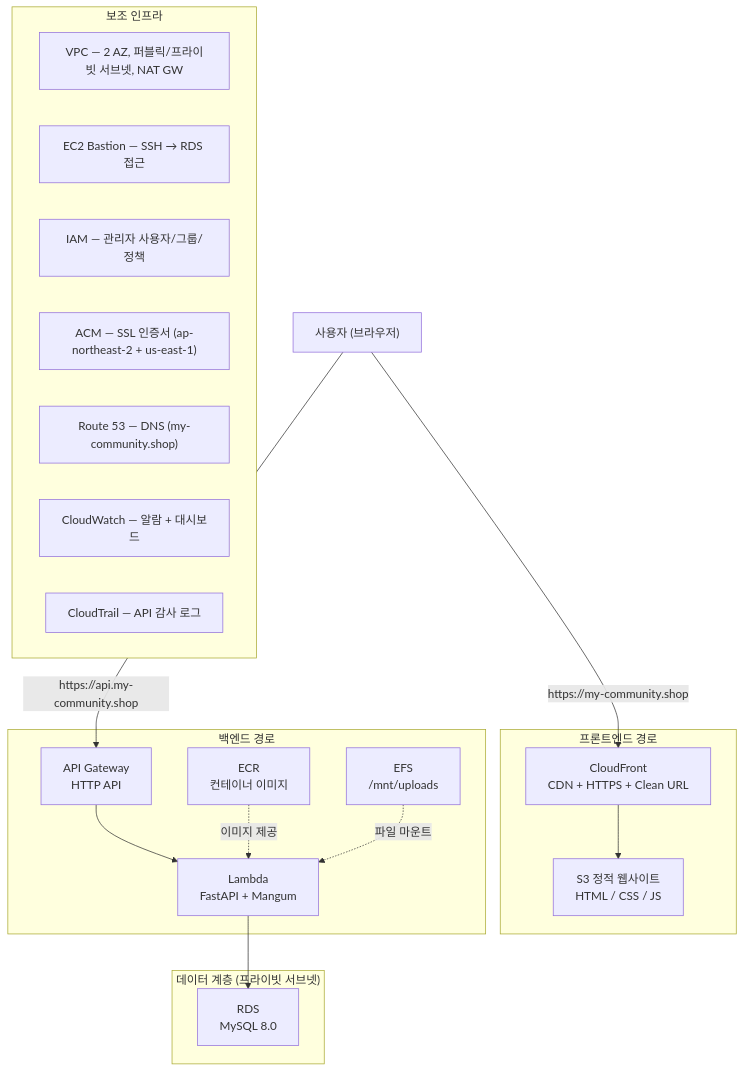
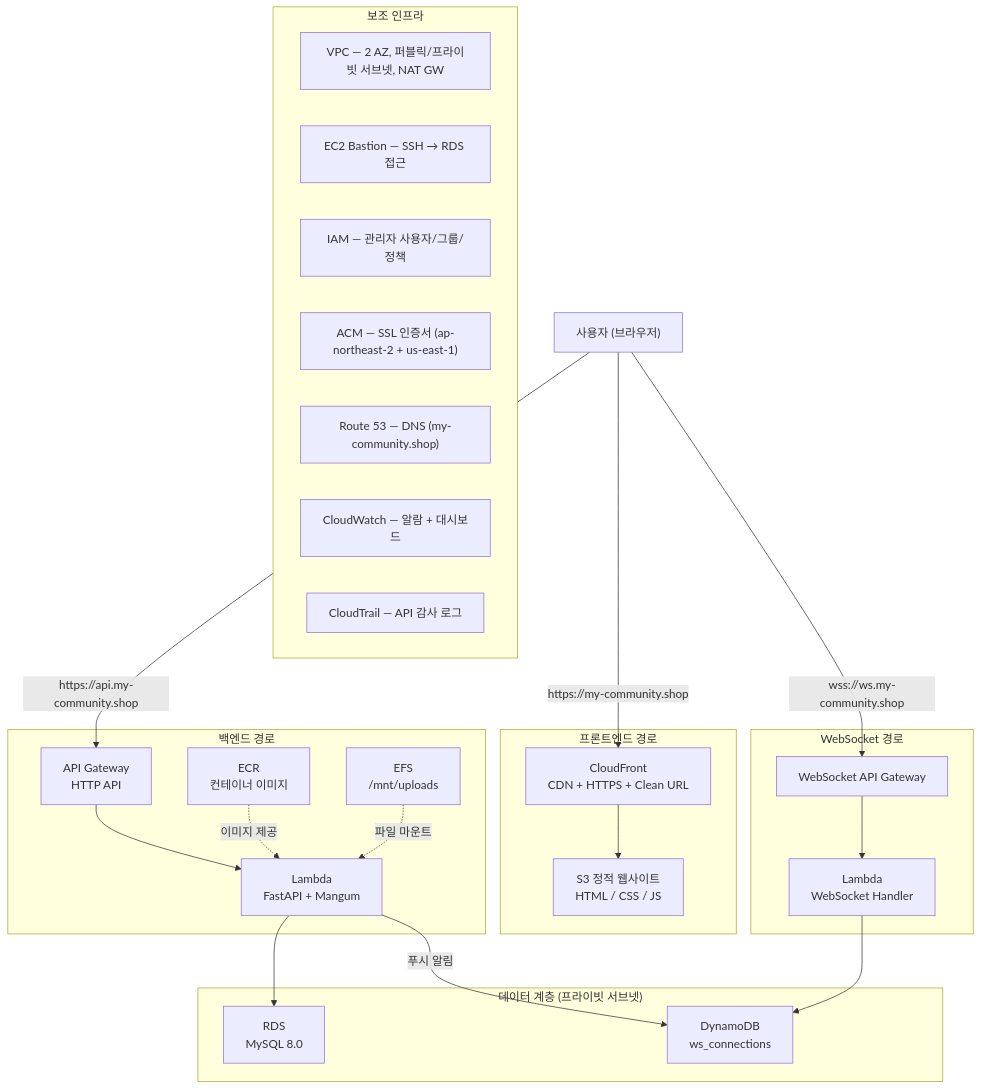
The first of 3 diagrams in README.md (80-hours-a-week/2-cho-community-infra), drawn with Mermaid before and after one commit. The commit also changed other lines of this file and 1 other file, not shown here.

Commit message:
docs: README 문서 수정 fix: WebSocket 핸들러 배포 파일 무시

````diff
--- a/README.md
+++ b/README.md
@@ -49,39 +49,50 @@
 ```mermaid
 flowchart TD
     User["사용자 (브라우저)"]
 
     User -->|"https://my-community.shop"| CF
     User -->|"https://api.my-community.shop"| APIGW
 
     subgraph Frontend["프론트엔드 경로"]
         CF["CloudFront<br/>CDN + HTTPS + Clean URL"]
         S3["S3 정적 웹사이트<br/>HTML / CSS / JS"]
         CF --> S3
     end
 
     subgraph Backend["백엔드 경로"]
         APIGW["API Gateway<br/>HTTP API"]
         Lambda["Lambda<br/>FastAPI + Mangum"]
         ECR["ECR<br/>컨테이너 이미지"]
         EFS["EFS<br/>/mnt/uploads"]
         APIGW --> Lambda
         ECR -.->|"이미지 제공"| Lambda
         EFS -.->|"파일 마운트"| Lambda
     end
 
+    subgraph WebSocket["WebSocket 경로"]
+        WSGW["WebSocket API Gateway"]
+        Lambda_WS["Lambda<br/>WebSocket Handler"]
+        WSGW --> Lambda_WS
+    end
+
+    User -->|"wss://ws.my-community.shop"| WSGW
+
     subgraph Data["데이터 계층 (프라이빗 서브넷)"]
         RDS["RDS<br/>MySQL 8.0"]
+        DynamoDB["DynamoDB<br/>ws_connections"]
     end
 
     Lambda --> RDS
+    Lambda -->|"푸시 알림"| DynamoDB
+    Lambda_WS --> DynamoDB
 
     subgraph Infra["보조 인프라"]
         VPC["VPC — 2 AZ, 퍼블릭/프라이빗 서브넷, NAT GW"]
         EC2["EC2 Bastion — SSH → RDS 접근"]
         IAM["IAM — 관리자 사용자/그룹/정책"]
         ACM["ACM — SSL 인증서 (ap-northeast-2 + us-east-1)"]
         R53["Route 53 — DNS (my-community.shop)"]
         CW["CloudWatch — 알람 + 대시보드"]
         CT["CloudTrail — API 감사 로그"]
     end
 ```
````
